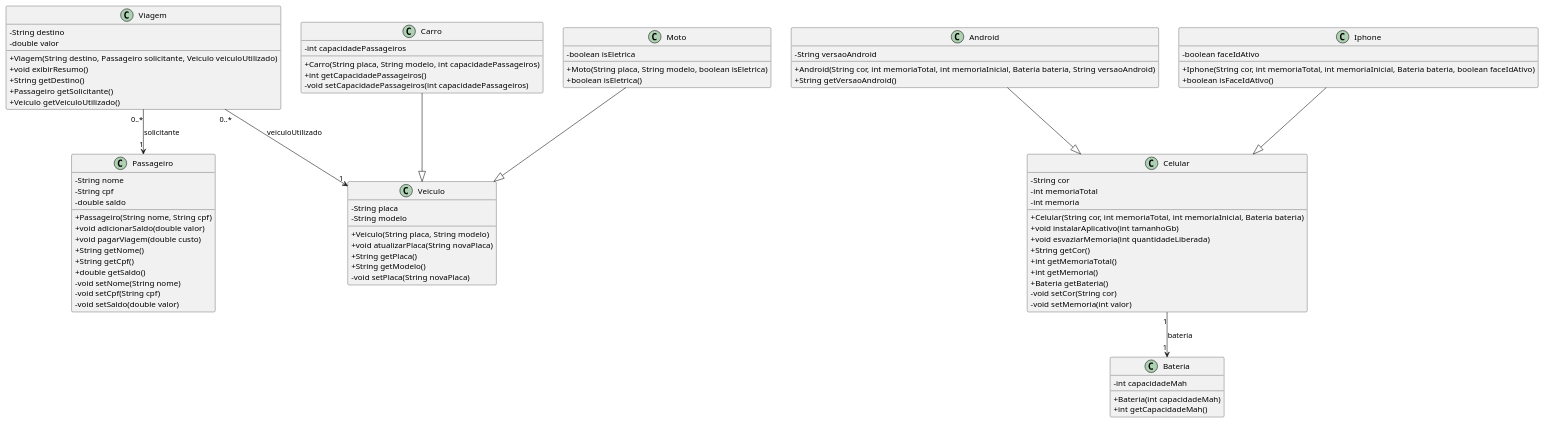
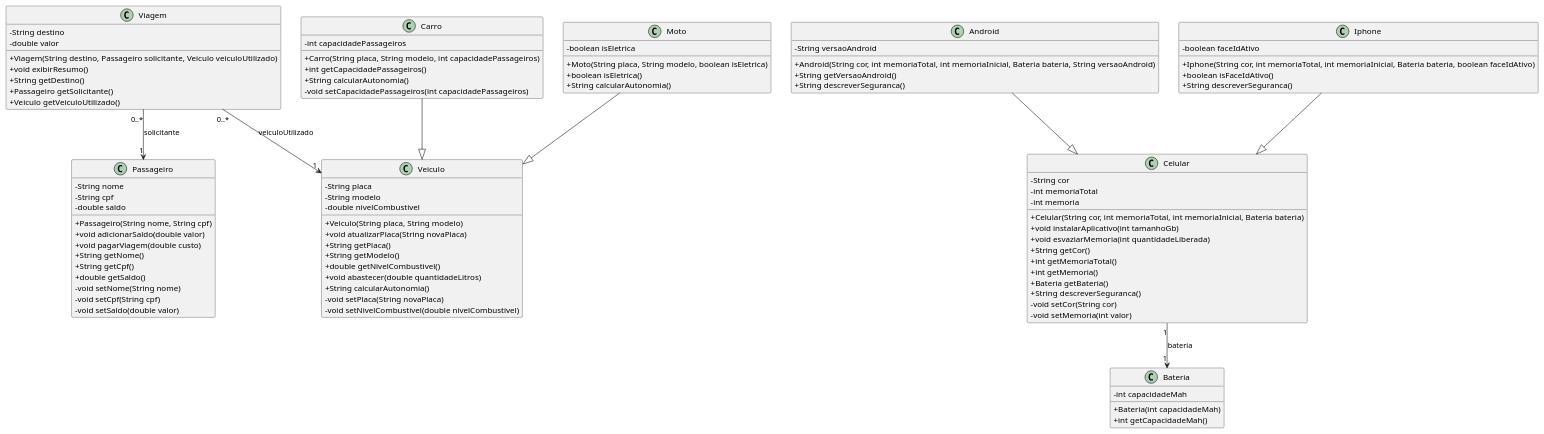
One commit to Pedro-Ivson/fiap-poo changed the diagram in docs/fiapride.puml. Above: the diagram before and after it, drawn with PlantUML. The commit also changed 11 other files, not shown here.

```diff
--- a/docs/fiapride.puml
+++ b/docs/fiapride.puml
@@ -1,92 +1,102 @@
 @startuml FiapRide
 skinparam classAttributeIconSize 0
 
 class Passageiro {
     - String nome
     - String cpf
     - double saldo
     + Passageiro(String nome, String cpf)
     + void adicionarSaldo(double valor)
     + void pagarViagem(double custo)
     + String getNome()
     + String getCpf()
     + double getSaldo()
     - void setNome(String nome)
     - void setCpf(String cpf)
     - void setSaldo(double valor)
 }
 
 class Veiculo {
     - String placa
     - String modelo
+    - double nivelCombustivel
     + Veiculo(String placa, String modelo)
     + void atualizarPlaca(String novaPlaca)
     + String getPlaca()
     + String getModelo()
+    + double getNivelCombustivel()
+    + void abastecer(double quantidadeLitros)
+    + String calcularAutonomia()
     - void setPlaca(String novaPlaca)
+    - void setNivelCombustivel(double nivelCombustivel)
 }
 
 class Carro {
     - int capacidadePassageiros
     + Carro(String placa, String modelo, int capacidadePassageiros)
     + int getCapacidadePassageiros()
+    + String calcularAutonomia()
     - void setCapacidadePassageiros(int capacidadePassageiros)
 }
 
 class Moto {
     - boolean isEletrica
     + Moto(String placa, String modelo, boolean isEletrica)
     + boolean isEletrica()
+    + String calcularAutonomia()
 }
 
 class Viagem {
     - String destino
     - double valor
     + Viagem(String destino, Passageiro solicitante, Veiculo veiculoUtilizado)
     + void exibirResumo()
     + String getDestino()
     + Passageiro getSolicitante()
     + Veiculo getVeiculoUtilizado()
 }
 
 class Celular {
     - String cor
     - int memoriaTotal
     - int memoria
     + Celular(String cor, int memoriaTotal, int memoriaInicial, Bateria bateria)
     + void instalarAplicativo(int tamanhoGb)
     + void esvaziarMemoria(int quantidadeLiberada)
     + String getCor()
     + int getMemoriaTotal()
     + int getMemoria()
     + Bateria getBateria()
+    + String descreverSeguranca()
     - void setCor(String cor)
     - void setMemoria(int valor)
 }
 
 class Android {
     - String versaoAndroid
     + Android(String cor, int memoriaTotal, int memoriaInicial, Bateria bateria, String versaoAndroid)
     + String getVersaoAndroid()
+    + String descreverSeguranca()
 }
 
 class Iphone {
     - boolean faceIdAtivo
     + Iphone(String cor, int memoriaTotal, int memoriaInicial, Bateria bateria, boolean faceIdAtivo)
     + boolean isFaceIdAtivo()
+    + String descreverSeguranca()
 }
 
 class Bateria {
     - int capacidadeMah
     + Bateria(int capacidadeMah)
     + int getCapacidadeMah()
 }
 
 Carro --|> Veiculo
 Moto --|> Veiculo
 Android --|> Celular
 Iphone --|> Celular
 Viagem "0..*" --> "1" Passageiro : solicitante
 Viagem "0..*" --> "1" Veiculo : veiculoUtilizado
 Celular "1" --> "1" Bateria : bateria
 @enduml
```
